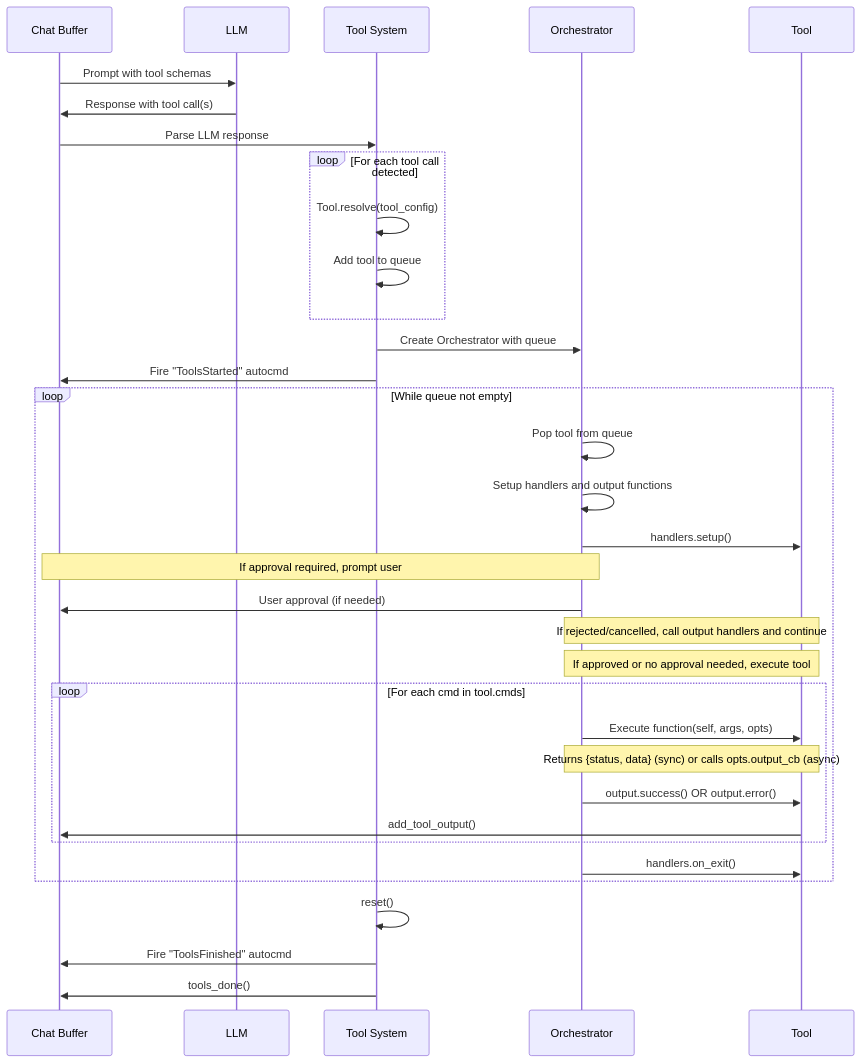
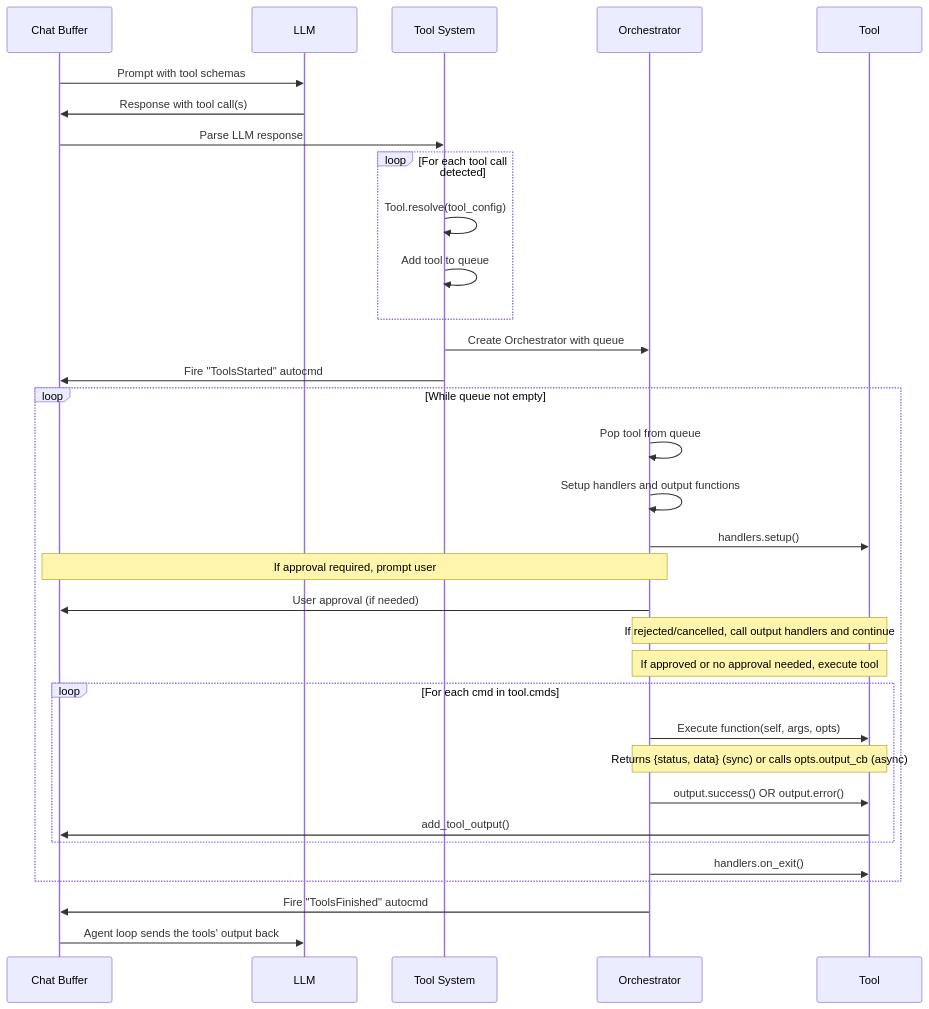
The diagram in doc/extending/tools.md (olimorris/codecompanion.nvim), drawn with Mermaid before and after one commit. The commit also changed 18 other files, not shown here.

````diff
--- a/doc/extending/tools.md
+++ b/doc/extending/tools.md
@@ -17,46 +17,45 @@
 ```mermaid
 sequenceDiagram
     participant C as Chat Buffer
     participant L as LLM
     participant TS as Tool System
     participant O as Orchestrator
     participant T as Tool
 
     C->>L: Prompt with tool schemas
     L->>C: Response with tool call(s)
 
     C->>TS: Parse LLM response
 
     loop For each tool call detected
         TS->>TS: Tool.resolve(tool_config)
         TS->>TS: Add tool to queue
     end
 
     TS->>O: Create Orchestrator with queue
     TS->>C: Fire "ToolsStarted" autocmd
 
     loop While queue not empty
         O->>O: Pop tool from queue
         O->>O: Setup handlers and output functions
         O->>T: handlers.setup()
 
         Note over O,C: If approval required, prompt user
         O->>C: User approval (if needed)
 
         Note over O,T: If rejected/cancelled, call output handlers and continue
         Note over O,T: If approved or no approval needed, execute tool
 
         loop For each cmd in tool.cmds
             O->>T: Execute function(self, args, opts)
             Note over T,O: Returns {status, data} (sync) or calls opts.output_cb (async)
             O->>T: output.success() OR output.error()
             T->>C: add_tool_output()
         end
 
         O->>T: handlers.on_exit()
     end
 
-    TS->>TS: reset()
-    TS->>C: Fire "ToolsFinished" autocmd
-    TS->>C: tools_done()
+    O->>C: Fire "ToolsFinished" autocmd
+    C->>L: Agent loop sends the tools' output back
 ```
````
